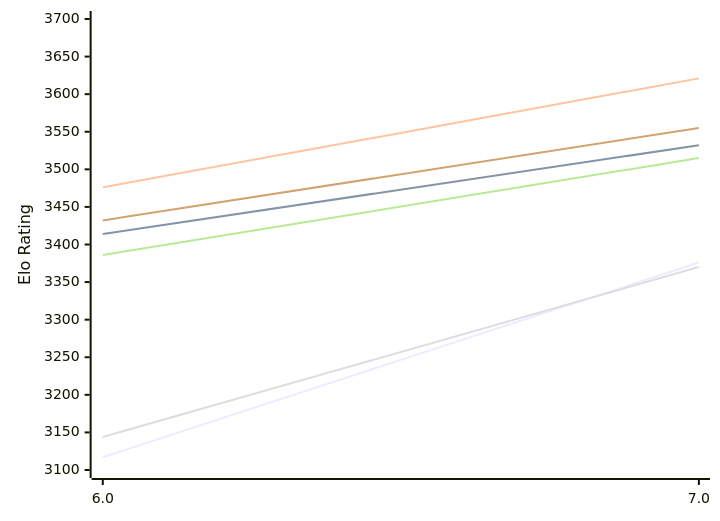
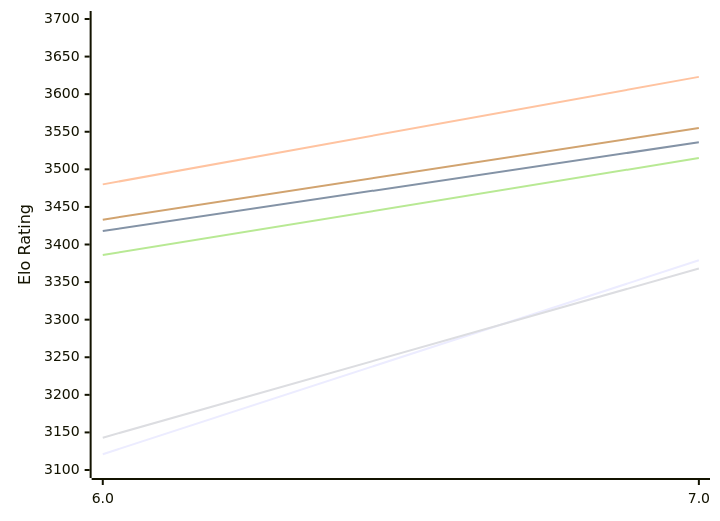
The first of 2 diagrams in engines/Devre.md (computer-chess-index/cci), drawn with Mermaid before and after one commit. The commit also changed other lines of this file, not shown here.

Commit message:
Update CCI Ratings (ELO VLTC) - 2026-11-22

````diff
--- a/engines/Devre.md
+++ b/engines/Devre.md
@@ -50,12 +50,12 @@
 ```mermaid
 %%{init: {"theme":"base","themeVariables":{"seriesColors:['#a3a3a3','#222221','#faa371']}}}%%
 xychart-beta
   x-axis ["6.0", "7.0"]
   y-axis "Elo Rating" 3100 --> 3700
-  line "E1: STC (8.0+0.08s)" [3117, 3376]
-  line "E1: LTC (60.0+0.60s)" [3414, 3532]
-  line "E1: VLTC (2m24s+1.12s)" [3476, 3621]
-  line "P1: STC (8.0+0.08s)" [3144, 3370]
+  line "E1: STC (8.0+0.08s)" [3121, 3379]
+  line "E1: LTC (60.0+0.60s)" [3418, 3536]
+  line "E1: VLTC (2m24s+1.12s)" [3480, 3623]
+  line "P1: STC (8.0+0.08s)" [3143, 3368]
   line "P1: LTC (60.0+0.60s)" [3386, 3515]
-  line "P1: VLTC (2m24s+1.12s)" [3432, 3555]
+  line "P1: VLTC (2m24s+1.12s)" [3433, 3555]
 ```
````
